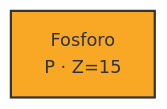
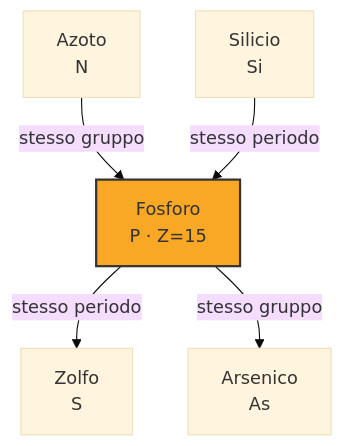
One commit to gianlucaciarcelluti/elements-caos changed the second of 3 diagrams in vault/Elementi/Fosforo.md. Above: the diagram before and after it, drawn with Mermaid (base theme). The commit also changed other lines of this file and 517 other files, not shown here.

````diff
--- a/vault/Elementi/Fosforo.md
+++ b/vault/Elementi/Fosforo.md
@@ -48,5 +48,13 @@
 ```mermaid
 flowchart TB
+    S["Azoto<br/>N"]
+    S -->|stesso gruppo| C
     C["Fosforo<br/>P · Z=15"]
+    L["Silicio<br/>Si"]
+    L -->|stesso periodo| C
+    R["Zolfo<br/>S"]
+    C -->|stesso periodo| R
+    G["Arsenico<br/>As"]
+    C -->|stesso gruppo| G
     style C fill:#f9a825,stroke:#333,stroke-width:2px
 ```
````
